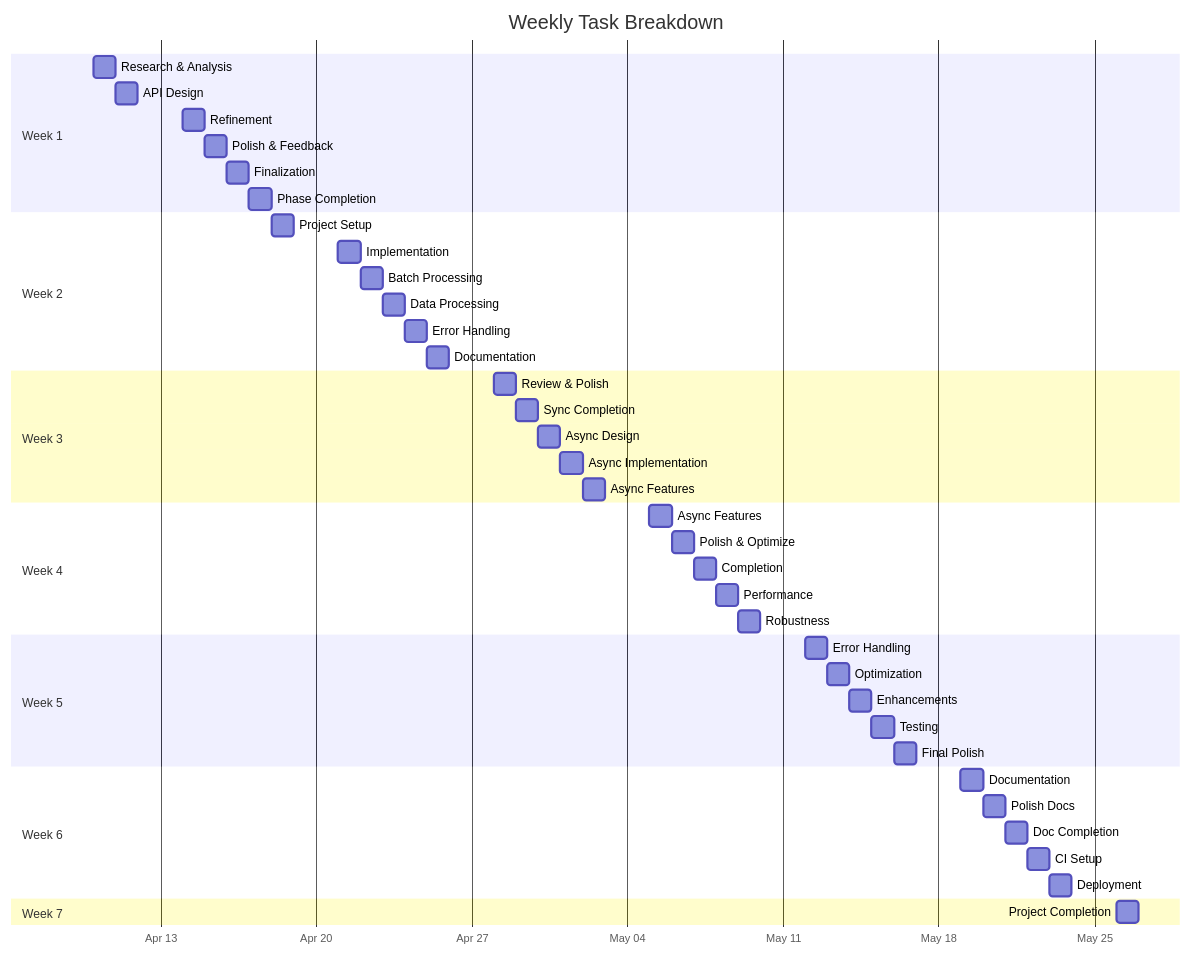
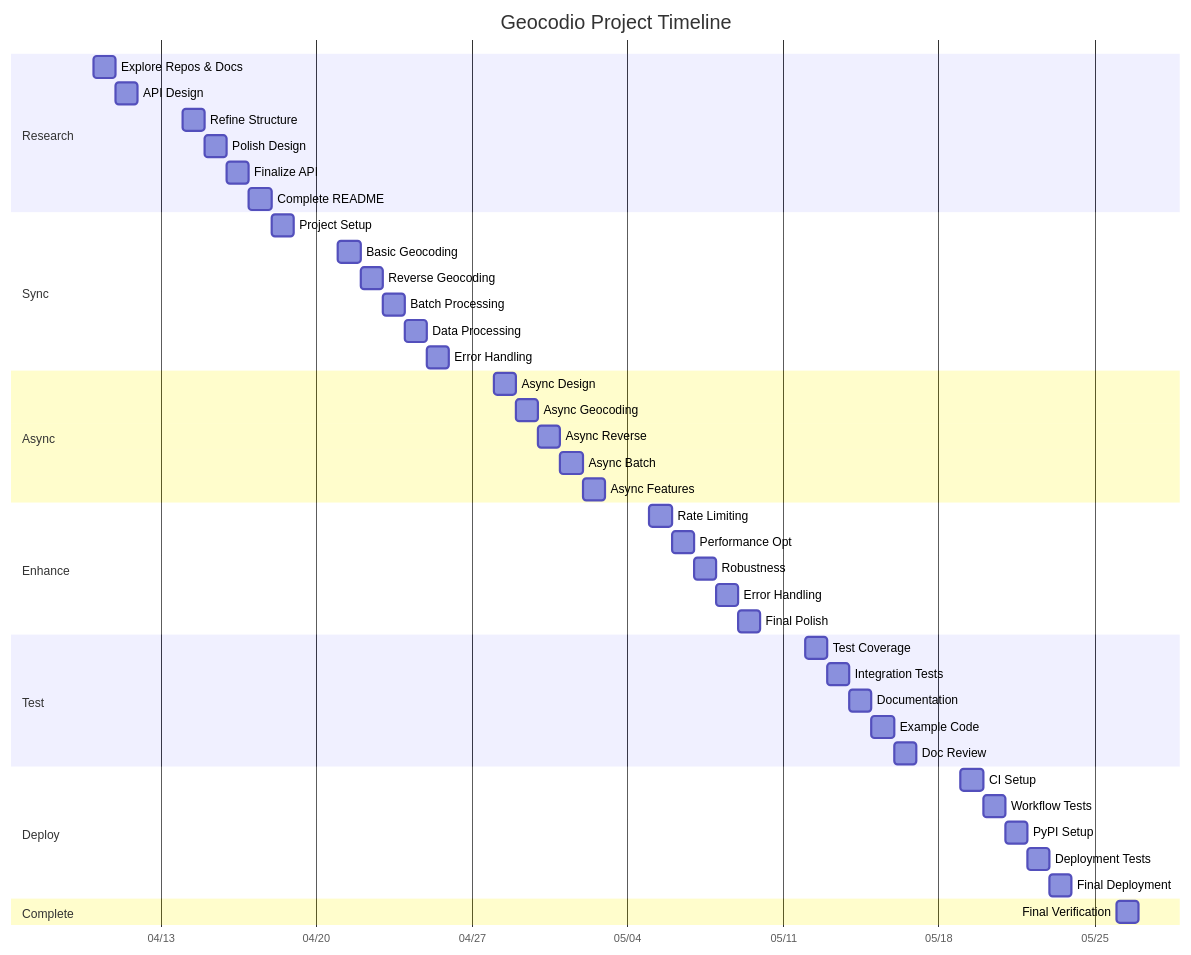
Before and after one commit to Geocodio/geocodio-library-python: the first of 3 diagrams in project-docs/visual_timeline.md, drawn with Mermaid. The commit also changed other lines of this file, not shown here.

Commit message:
Improve Daily Progress Tracker: add colors, simplify time labels, maintain consistent styling

````diff
--- a/project-docs/visual_timeline.md
+++ b/project-docs/visual_timeline.md
@@ -16,54 +16,53 @@
 ```mermaid
 gantt
-    title Weekly Task Breakdown
-    dateFormat  YYYY-MM-DD
-    axisFormat %b %d
-    todayMarker on
+    title Geocodio Project Timeline
+    dateFormat YYYY-MM-DD
+    axisFormat %m/%d
 
-    section Week 1
-    Research & Analysis      :a1, 2025-04-10, 1d
-    API Design              :a2, 2025-04-11, 1d
-    Refinement              :a3, 2025-04-14, 1d
-    Polish & Feedback       :a4, 2025-04-15, 1d
-    Finalization            :a5, 2025-04-16, 1d
-    Phase Completion        :a6, 2025-04-17, 1d
+    section Research
+    Explore Repos & Docs :a1, 2025-04-10, 1d
+    API Design          :a2, 2025-04-11, 1d
+    Refine Structure    :a3, 2025-04-14, 1d
+    Polish Design       :a4, 2025-04-15, 1d
+    Finalize API        :a5, 2025-04-16, 1d
+    Complete README     :a6, 2025-04-17, 1d
 
-    section Week 2
-    Project Setup           :b1, 2025-04-18, 1d
-    Implementation          :b2, 2025-04-21, 1d
-    Batch Processing        :b3, 2025-04-22, 1d
-    Data Processing         :b4, 2025-04-23, 1d
-    Error Handling          :b5, 2025-04-24, 1d
-    Documentation           :b6, 2025-04-25, 1d
+    section Sync
+    Project Setup       :b1, 2025-04-18, 1d
+    Basic Geocoding     :b2, 2025-04-21, 1d
+    Reverse Geocoding   :b3, 2025-04-22, 1d
+    Batch Processing    :b4, 2025-04-23, 1d
+    Data Processing     :b5, 2025-04-24, 1d
+    Error Handling      :b6, 2025-04-25, 1d
 
-    section Week 3
-    Review & Polish         :c1, 2025-04-28, 1d
-    Sync Completion         :c2, 2025-04-29, 1d
-    Async Design            :c3, 2025-04-30, 1d
-    Async Implementation    :c4, 2025-05-01, 1d
-    Async Features          :c5, 2025-05-02, 1d
+    section Async
+    Async Design        :c1, 2025-04-28, 1d
+    Async Geocoding     :c2, 2025-04-29, 1d
+    Async Reverse       :c3, 2025-04-30, 1d
+    Async Batch         :c4, 2025-05-01, 1d
+    Async Features      :c5, 2025-05-02, 1d
 
-    section Week 4
-    Async Features          :d1, 2025-05-05, 1d
-    Polish & Optimize       :d2, 2025-05-06, 1d
-    Completion              :d3, 2025-05-07, 1d
-    Performance             :d4, 2025-05-08, 1d
-    Robustness              :d5, 2025-05-09, 1d
+    section Enhance
+    Rate Limiting       :d1, 2025-05-05, 1d
+    Performance Opt     :d2, 2025-05-06, 1d
+    Robustness         :d3, 2025-05-07, 1d
+    Error Handling      :d4, 2025-05-08, 1d
+    Final Polish        :d5, 2025-05-09, 1d
 
-    section Week 5
-    Error Handling          :e1, 2025-05-12, 1d
-    Optimization            :e2, 2025-05-13, 1d
-    Enhancements            :e3, 2025-05-14, 1d
-    Testing                 :e4, 2025-05-15, 1d
-    Final Polish            :e5, 2025-05-16, 1d
+    section Test
+    Test Coverage       :e1, 2025-05-12, 1d
+    Integration Tests   :e2, 2025-05-13, 1d
+    Documentation      :e3, 2025-05-14, 1d
+    Example Code        :e4, 2025-05-15, 1d
+    Doc Review         :e5, 2025-05-16, 1d
 
-    section Week 6
-    Documentation           :f1, 2025-05-19, 1d
-    Polish Docs             :f2, 2025-05-20, 1d
-    Doc Completion          :f3, 2025-05-21, 1d
-    CI Setup                :f4, 2025-05-22, 1d
-    Deployment              :f5, 2025-05-23, 1d
+    section Deploy
+    CI Setup           :f1, 2025-05-19, 1d
+    Workflow Tests     :f2, 2025-05-20, 1d
+    PyPI Setup         :f3, 2025-05-21, 1d
+    Deployment Tests   :f4, 2025-05-22, 1d
+    Final Deployment   :f5, 2025-05-23, 1d
 
-    section Week 7
-    Project Completion      :g1, 2025-05-26, 1d
+    section Complete
+    Final Verification :g1, 2025-05-26, 1d
 ```
````
